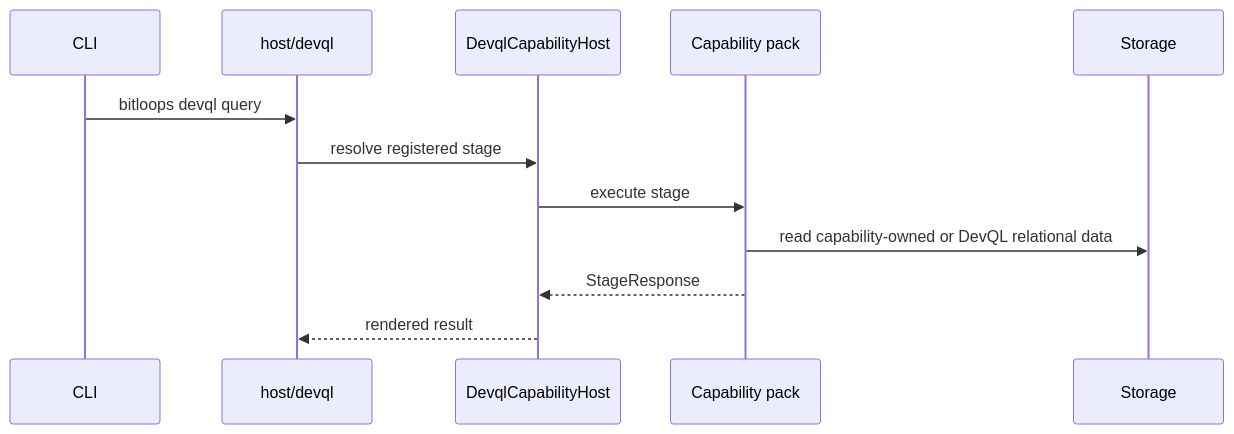
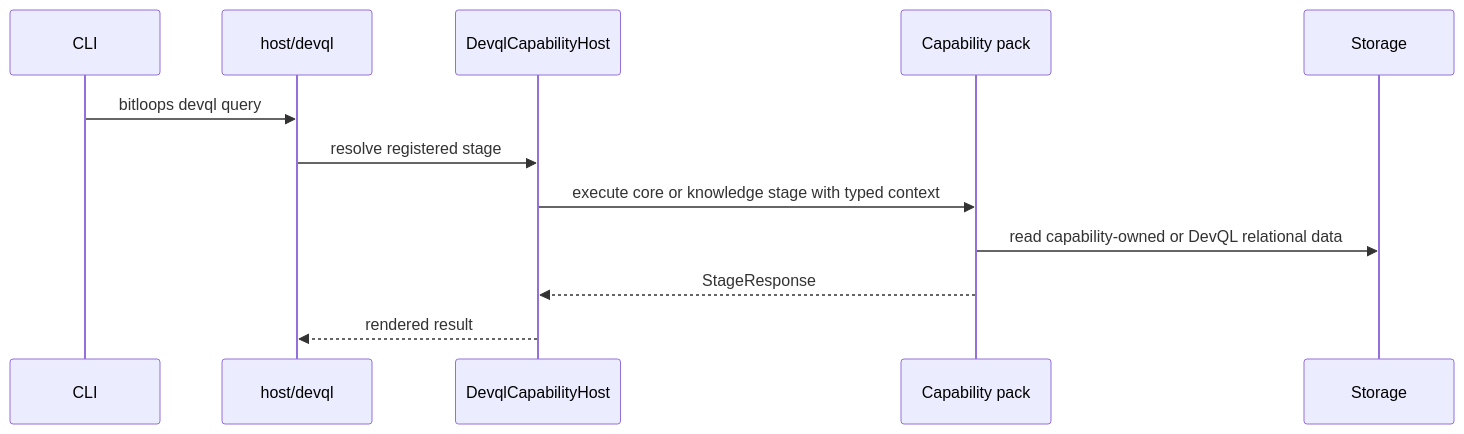
Before and after one commit to bitloops/bitloops: the third of 4 diagrams in docs/layered-extension-architecture.md, drawn with Mermaid. The commit also changed other lines of this file and 2 other files, not shown here.

````diff
--- a/docs/layered-extension-architecture.md
+++ b/docs/layered-extension-architecture.md
@@ -180,15 +182,15 @@
 ```mermaid
 sequenceDiagram
     participant CLI as CLI
     participant DevQL as host/devql
     participant CapHost as DevqlCapabilityHost
     participant Pack as Capability pack
     participant Store as Storage
 
     CLI->>DevQL: bitloops devql query
     DevQL->>CapHost: resolve registered stage
-    CapHost->>Pack: execute stage
+    CapHost->>Pack: execute core or knowledge stage with typed context
     Pack->>Store: read capability-owned or DevQL relational data
     Pack-->>CapHost: StageResponse
     CapHost-->>DevQL: rendered result
 ```
````
